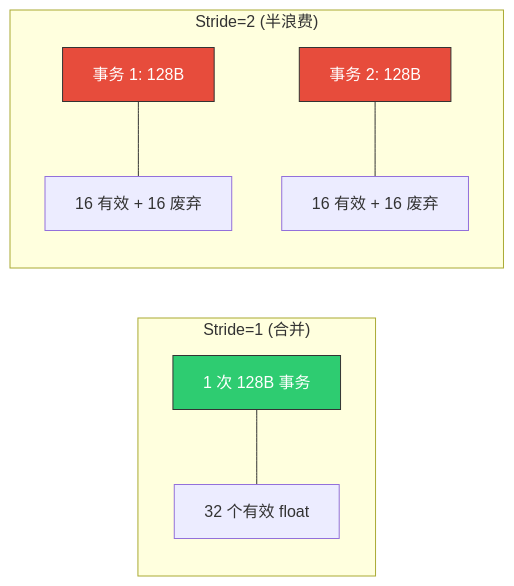
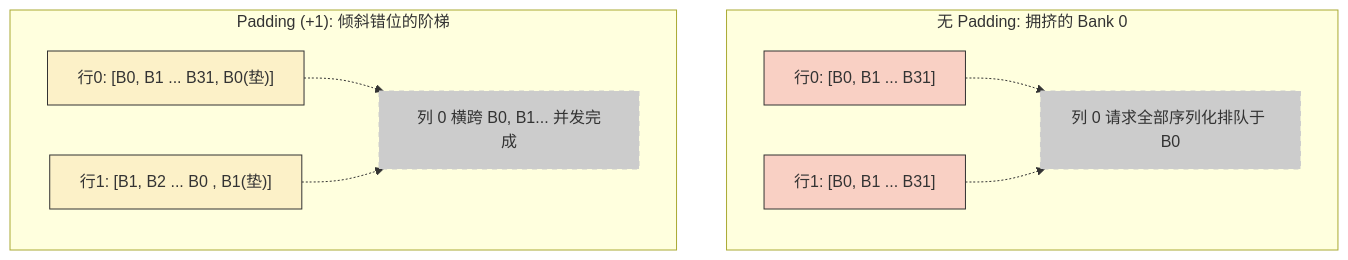
The diagram in Blogs/10_Memory_Optimization_Coalescing_BankConflict.md (psmarter/CUDA-Practice), drawn with Mermaid before and after one commit. The commit also changed other lines of this file and 14 other files, not shown here.

````diff
--- a/Blogs/10_Memory_Optimization_Coalescing_BankConflict.md
+++ b/Blogs/10_Memory_Optimization_Coalescing_BankConflict.md
@@ -29,17 +123,22 @@
 ```mermaid
-graph LR
-    classDef good fill:#2ecc71,stroke:#333,color:#fff;
-    classDef bad fill:#e74c3c,stroke:#333,color:#fff;
+graph TD
+    classDef b0 fill:#f9d0c4,stroke:#333;
+    classDef b1 fill:#fcf1c8,stroke:#333;
+    classDef none fill:#ccc,stroke:#ccc,stroke-dasharray: 5 5;
 
-    subgraph "Stride=1 (合并)"
-        T1["1 次 128B 事务"]:::good
-        T1 --- E1["32 个有效 float"]
+    subgraph "无 Padding: 拥挤的 Bank 0"
+        R0["行0: [B0, B1 ... B31]"]:::b0
+        R1["行1: [B0, B1 ... B31]"]:::b0
+        N1["列 0 请求全部序列化排队于 B0"]:::none
+        R0 -.-> N1
+        R1 -.-> N1
     end
 
-    subgraph "Stride=2 (半浪费)"
-        T2a["事务 1: 128B"]:::bad
-        T2b["事务 2: 128B"]:::bad
-        T2a --- E2["16 有效 + 16 废弃"]
-        T2b --- E3["16 有效 + 16 废弃"]
+    subgraph "Padding (+1): 倾斜错位的阶梯"
+        P0["行0: [B0, B1 ... B31, B0(垫)]"]:::b1
+        P1["行1: [B1, B2 ... B0 , B1(垫)]"]:::b1
+        N2["列 0 横跨 B0, B1... 并发完成"]:::none
+        P0 -.-> N2
+        P1 -.-> N2
     end
 ```
````
